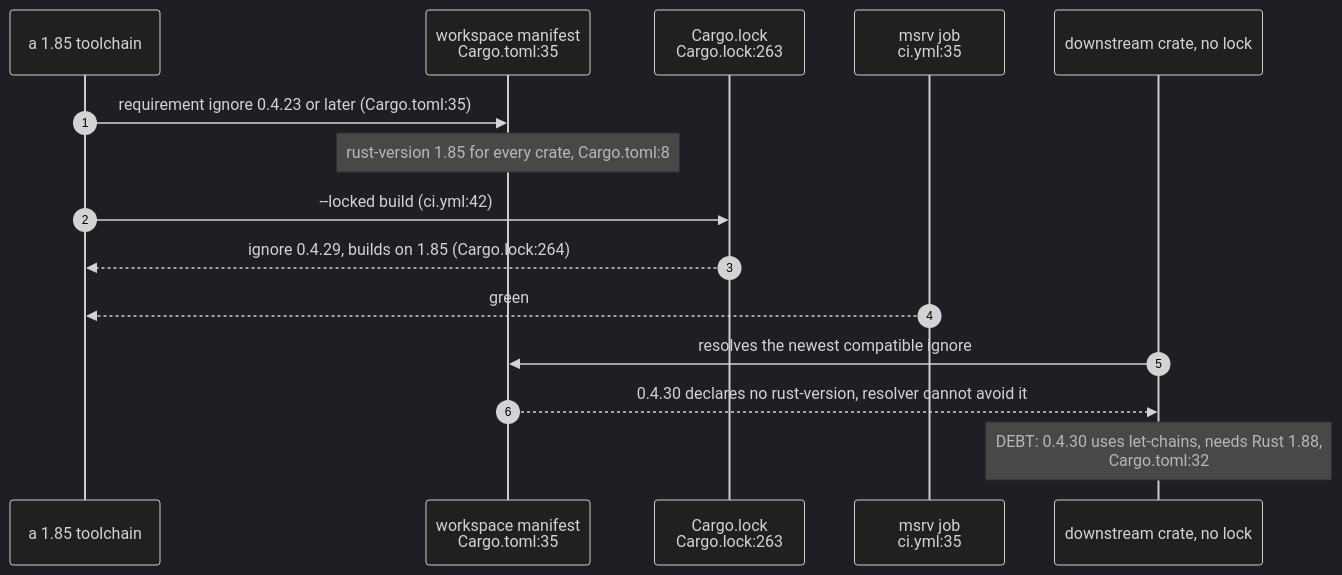
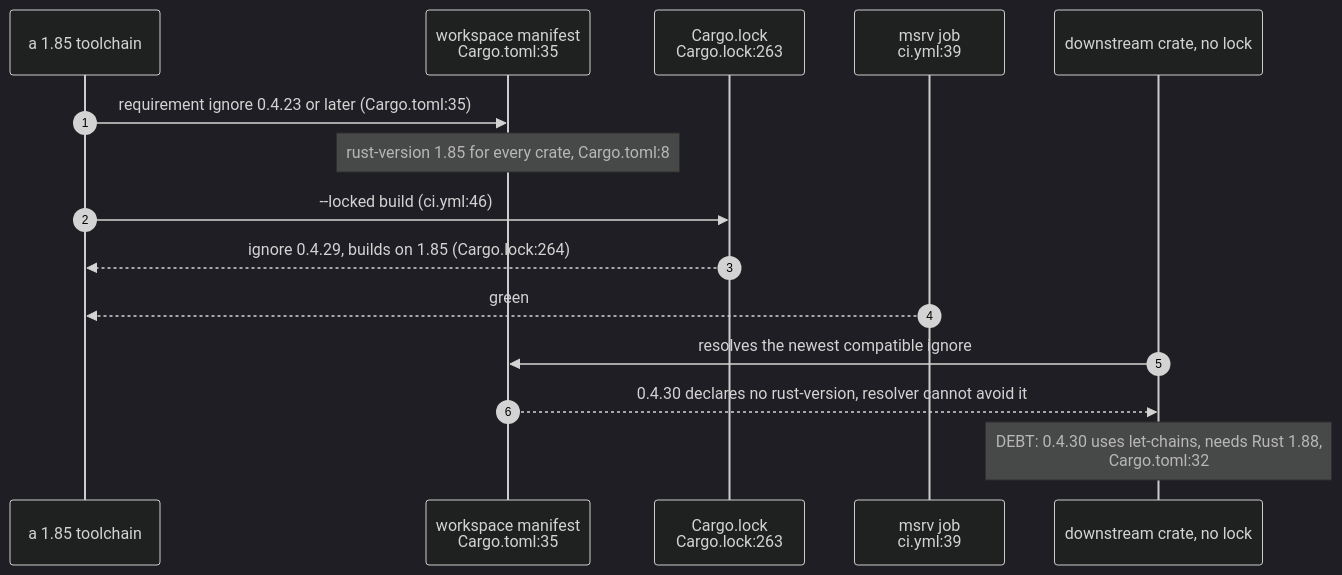
The second of 5 diagrams in docs/diagrams/delivery/01-ci-msrv-and-determinism.md (DreamLab-AI/codemaid), drawn with Mermaid (dark theme) before and after one commit. The commit also changed other lines of this file and 23 other files, not shown here.

````diff
--- a/docs/diagrams/delivery/01-ci-msrv-and-determinism.md
+++ b/docs/diagrams/delivery/01-ci-msrv-and-determinism.md
@@ -110,17 +111,17 @@
 ```mermaid
 sequenceDiagram
     autonumber
     participant DV as a 1.85 toolchain
     participant MF as workspace manifest<br/>Cargo.toml:35
     participant LK as Cargo.lock<br/>Cargo.lock:263
-    participant CI as msrv job<br/>ci.yml:35
+    participant CI as msrv job<br/>ci.yml:39
     participant DS as downstream crate, no lock
     DV->>MF: requirement ignore 0.4.23 or later (Cargo.toml:35)
     Note over MF: rust-version 1.85 for every crate, Cargo.toml:8
-    DV->>LK: --locked build (ci.yml:42)
+    DV->>LK: --locked build (ci.yml:46)
     LK-->>DV: ignore 0.4.29, builds on 1.85 (Cargo.lock:264)
     CI-->>DV: green
     DS->>MF: resolves the newest compatible ignore
     MF-->>DS: 0.4.30 declares no rust-version, resolver cannot avoid it
     Note over DS: DEBT: 0.4.30 uses let-chains, needs Rust 1.88,<br/>Cargo.toml:32
 ```
````
